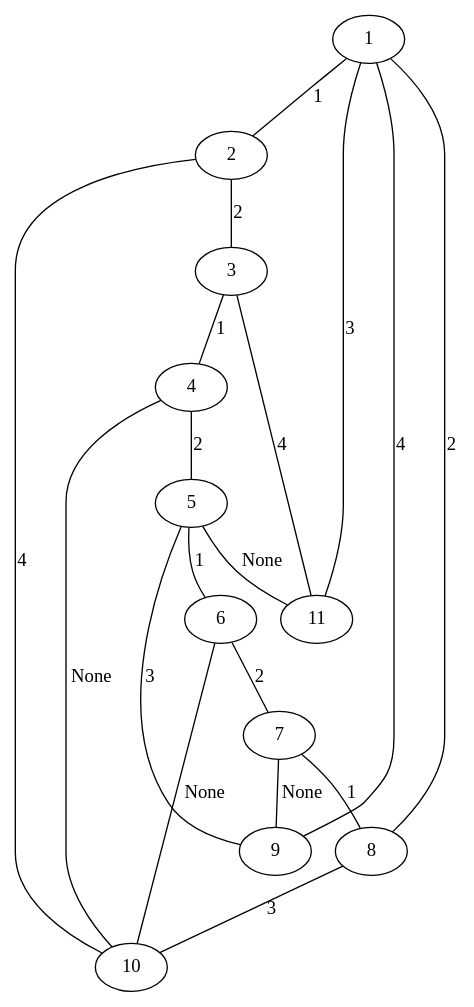
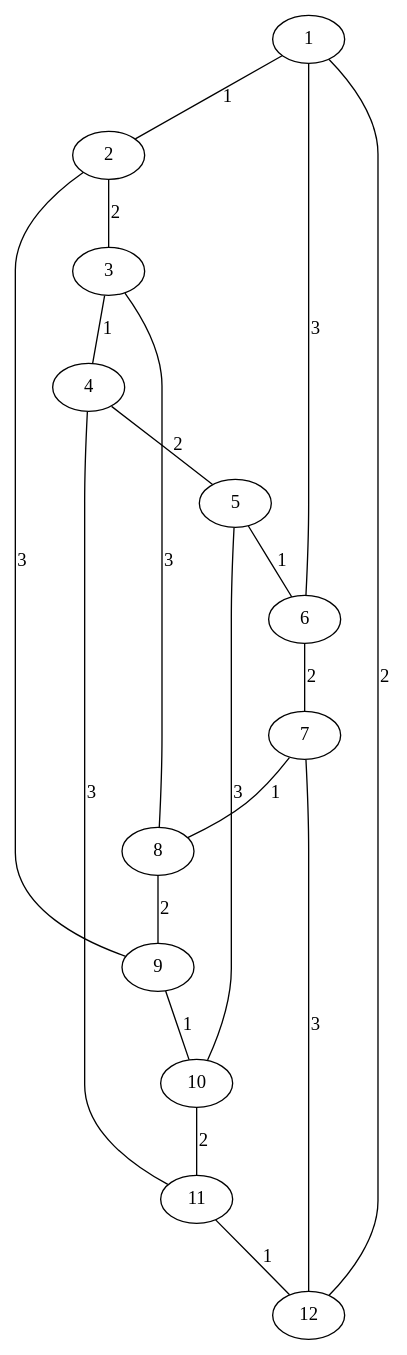
One commit to andj97/Minimalno_bojenje_grana_grafa changed the diagram in solution.gv. Above: the diagram before and after it, drawn with Graphviz. The commit also changed 2 other files, not shown here.

```diff
--- a/solution.gv
+++ b/solution.gv
@@ -1,20 +1,20 @@
 graph G {
 	1 -- 2 [label=1]
 	2 -- 3 [label=2]
 	3 -- 4 [label=1]
 	4 -- 5 [label=2]
 	5 -- 6 [label=1]
 	6 -- 7 [label=2]
 	7 -- 8 [label=1]
-	8 -- 1 [label=2]
-	1 -- 11 [label=3]
-	2 -- 10 [label=4]
-	3 -- 11 [label=4]
-	4 -- 10 [label=None]
-	5 -- 11 [label=None]
-	5 -- 9 [label=3]
-	6 -- 10 [label=None]
-	7 -- 9 [label=None]
-	8 -- 10 [label=3]
-	1 -- 9 [label=4]
+	8 -- 9 [label=2]
+	9 -- 10 [label=1]
+	10 -- 11 [label=2]
+	11 -- 12 [label=1]
+	12 -- 1 [label=2]
+	1 -- 6 [label=3]
+	2 -- 9 [label=3]
+	3 -- 8 [label=3]
+	4 -- 11 [label=3]
+	5 -- 10 [label=3]
+	7 -- 12 [label=3]
 }
```
